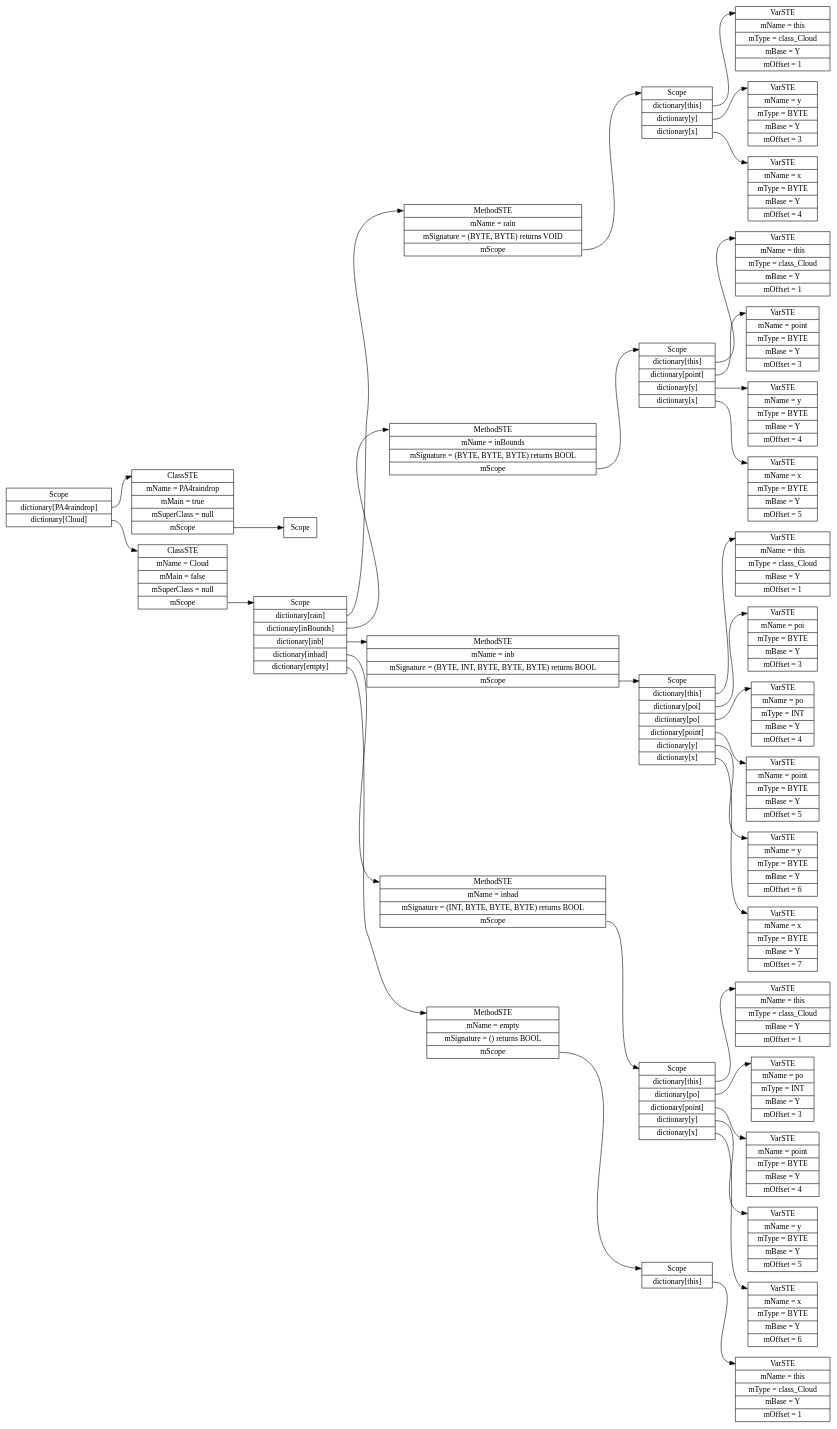
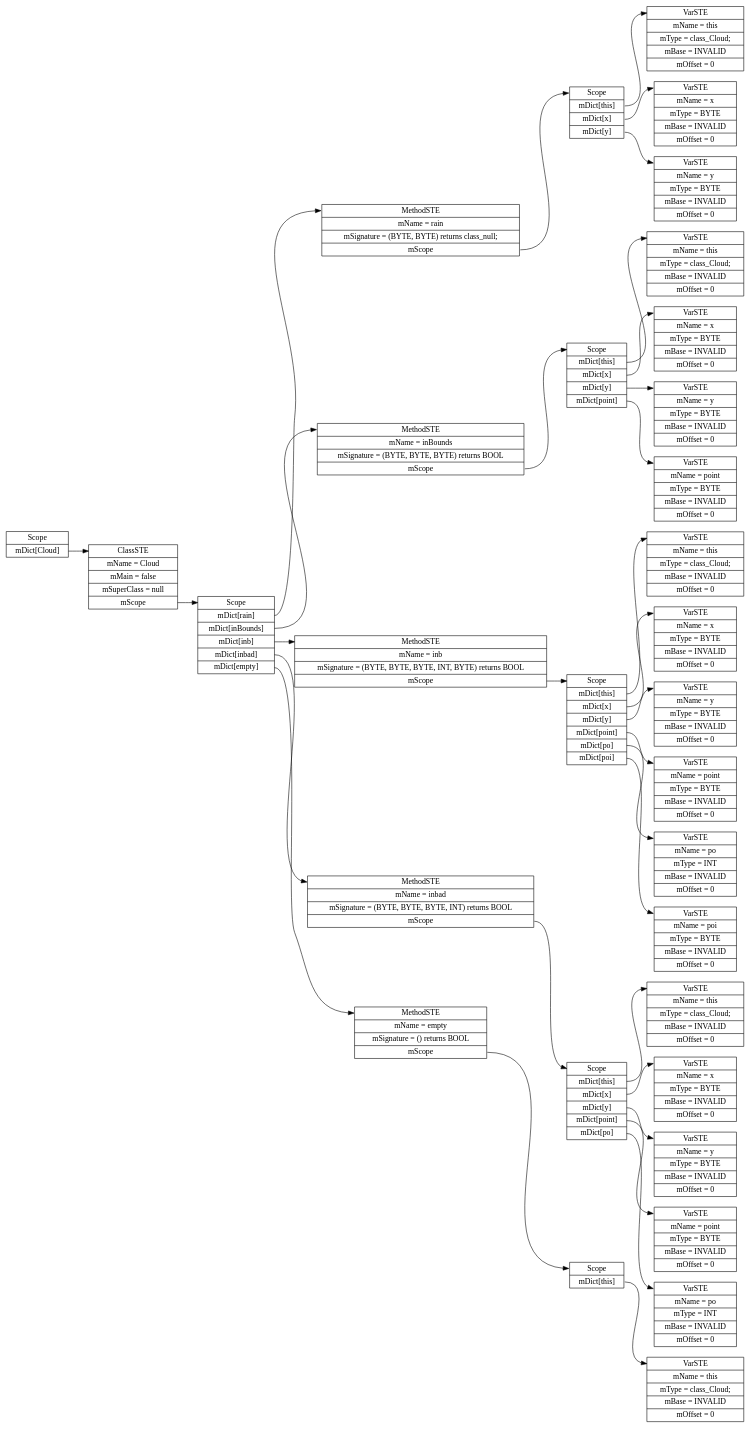
Before and after one commit to karmaUdel/Meggy-Java-Compiler: the diagram in tst/PA4raindrop.java.ST.dot, drawn with Graphviz. The commit also changed 35 other files, not shown here.

```diff
--- a/tst/PA4raindrop.java.ST.dot
+++ b/tst/PA4raindrop.java.ST.dot
@@ -1,71 +1,67 @@
 digraph SymTable {
 	graph [rankdir="LR"];
 	node [shape=record];
-	0 [label=" <f0> Scope | <f1> dictionary\[PA4raindrop\] | <f2> dictionary\[Cloud\] "];
+	0 [label=" <f0> Scope | <f1> mDict\[Cloud\] "];
 	0:<f1> -> 1:<f0>;
-	1 [label=" <f0> ClassSTE | <f1> mName = PA4raindrop| <f2> mMain = true| <f3> mSuperClass = null| <f4> mScope "];
+	1 [label=" <f0> ClassSTE | <f1> mName = Cloud| <f2> mMain = false| <f3> mSuperClass = null| <f4> mScope "];
 	1:<f4> -> 2:<f0>;
-	2 [label=" <f0> Scope "];
-	0:<f2> -> 3:<f0>;
-	3 [label=" <f0> ClassSTE | <f1> mName = Cloud| <f2> mMain = false| <f3> mSuperClass = null| <f4> mScope "];
-	3:<f4> -> 4:<f0>;
-	4 [label=" <f0> Scope | <f1> dictionary\[rain\] | <f2> dictionary\[inBounds\] | <f3> dictionary\[inb\] | <f4> dictionary\[inbad\] | <f5> dictionary\[empty\] "];
+	2 [label=" <f0> Scope | <f1> mDict\[rain\] | <f2> mDict\[inBounds\] | <f3> mDict\[inb\] | <f4> mDict\[inbad\] | <f5> mDict\[empty\] "];
+	2:<f1> -> 3:<f0>;
+	3 [label=" <f0> MethodSTE | <f1> mName = rain| <f2> mSignature = (BYTE, BYTE) returns class_null;| <f3> mScope "];
+	3:<f3> -> 4:<f0>;
+	4 [label=" <f0> Scope | <f1> mDict\[this\] | <f2> mDict\[x\] | <f3> mDict\[y\] "];
 	4:<f1> -> 5:<f0>;
-	5 [label=" <f0> MethodSTE | <f1> mName = rain| <f2> mSignature = (BYTE, BYTE) returns VOID| <f3> mScope "];
-	5:<f3> -> 6:<f0>;
-	6 [label=" <f0> Scope | <f1> dictionary\[this\] | <f2> dictionary\[y\] | <f3> dictionary\[x\] "];
-	6:<f1> -> 7:<f0>;
-	7 [label=" <f0> VarSTE | <f1> mName = this| <f2> mType = class_Cloud| <f3> mBase = Y| <f4> mOffset = 1"];
-	6:<f2> -> 8:<f0>;
-	8 [label=" <f0> VarSTE | <f1> mName = y| <f2> mType = BYTE| <f3> mBase = Y| <f4> mOffset = 3"];
-	6:<f3> -> 9:<f0>;
-	9 [label=" <f0> VarSTE | <f1> mName = x| <f2> mType = BYTE| <f3> mBase = Y| <f4> mOffset = 4"];
-	4:<f2> -> 10:<f0>;
-	10 [label=" <f0> MethodSTE | <f1> mName = inBounds| <f2> mSignature = (BYTE, BYTE, BYTE) returns BOOL| <f3> mScope "];
-	10:<f3> -> 11:<f0>;
-	11 [label=" <f0> Scope | <f1> dictionary\[this\] | <f2> dictionary\[point\] | <f3> dictionary\[y\] | <f4> dictionary\[x\] "];
-	11:<f1> -> 12:<f0>;
-	12 [label=" <f0> VarSTE | <f1> mName = this| <f2> mType = class_Cloud| <f3> mBase = Y| <f4> mOffset = 1"];
-	11:<f2> -> 13:<f0>;
-	13 [label=" <f0> VarSTE | <f1> mName = point| <f2> mType = BYTE| <f3> mBase = Y| <f4> mOffset = 3"];
-	11:<f3> -> 14:<f0>;
-	14 [label=" <f0> VarSTE | <f1> mName = y| <f2> mType = BYTE| <f3> mBase = Y| <f4> mOffset = 4"];
-	11:<f4> -> 15:<f0>;
-	15 [label=" <f0> VarSTE | <f1> mName = x| <f2> mType = BYTE| <f3> mBase = Y| <f4> mOffset = 5"];
-	4:<f3> -> 16:<f0>;
-	16 [label=" <f0> MethodSTE | <f1> mName = inb| <f2> mSignature = (BYTE, INT, BYTE, BYTE, BYTE) returns BOOL| <f3> mScope "];
-	16:<f3> -> 17:<f0>;
-	17 [label=" <f0> Scope | <f1> dictionary\[this\] | <f2> dictionary\[poi\] | <f3> dictionary\[po\] | <f4> dictionary\[point\] | <f5> dictionary\[y\] | <f6> dictionary\[x\] "];
-	17:<f1> -> 18:<f0>;
-	18 [label=" <f0> VarSTE | <f1> mName = this| <f2> mType = class_Cloud| <f3> mBase = Y| <f4> mOffset = 1"];
-	17:<f2> -> 19:<f0>;
-	19 [label=" <f0> VarSTE | <f1> mName = poi| <f2> mType = BYTE| <f3> mBase = Y| <f4> mOffset = 3"];
-	17:<f3> -> 20:<f0>;
-	20 [label=" <f0> VarSTE | <f1> mName = po| <f2> mType = INT| <f3> mBase = Y| <f4> mOffset = 4"];
-	17:<f4> -> 21:<f0>;
-	21 [label=" <f0> VarSTE | <f1> mName = point| <f2> mType = BYTE| <f3> mBase = Y| <f4> mOffset = 5"];
-	17:<f5> -> 22:<f0>;
-	22 [label=" <f0> VarSTE | <f1> mName = y| <f2> mType = BYTE| <f3> mBase = Y| <f4> mOffset = 6"];
-	17:<f6> -> 23:<f0>;
-	23 [label=" <f0> VarSTE | <f1> mName = x| <f2> mType = BYTE| <f3> mBase = Y| <f4> mOffset = 7"];
-	4:<f4> -> 24:<f0>;
-	24 [label=" <f0> MethodSTE | <f1> mName = inbad| <f2> mSignature = (INT, BYTE, BYTE, BYTE) returns BOOL| <f3> mScope "];
-	24:<f3> -> 25:<f0>;
-	25 [label=" <f0> Scope | <f1> dictionary\[this\] | <f2> dictionary\[po\] | <f3> dictionary\[point\] | <f4> dictionary\[y\] | <f5> dictionary\[x\] "];
-	25:<f1> -> 26:<f0>;
-	26 [label=" <f0> VarSTE | <f1> mName = this| <f2> mType = class_Cloud| <f3> mBase = Y| <f4> mOffset = 1"];
-	25:<f2> -> 27:<f0>;
-	27 [label=" <f0> VarSTE | <f1> mName = po| <f2> mType = INT| <f3> mBase = Y| <f4> mOffset = 3"];
-	25:<f3> -> 28:<f0>;
-	28 [label=" <f0> VarSTE | <f1> mName = point| <f2> mType = BYTE| <f3> mBase = Y| <f4> mOffset = 4"];
-	25:<f4> -> 29:<f0>;
-	29 [label=" <f0> VarSTE | <f1> mName = y| <f2> mType = BYTE| <f3> mBase = Y| <f4> mOffset = 5"];
-	25:<f5> -> 30:<f0>;
-	30 [label=" <f0> VarSTE | <f1> mName = x| <f2> mType = BYTE| <f3> mBase = Y| <f4> mOffset = 6"];
-	4:<f5> -> 31:<f0>;
-	31 [label=" <f0> MethodSTE | <f1> mName = empty| <f2> mSignature = () returns BOOL| <f3> mScope "];
-	31:<f3> -> 32:<f0>;
-	32 [label=" <f0> Scope | <f1> dictionary\[this\] "];
-	32:<f1> -> 33:<f0>;
-	33 [label=" <f0> VarSTE | <f1> mName = this| <f2> mType = class_Cloud| <f3> mBase = Y| <f4> mOffset = 1"];
+	5 [label=" <f0> VarSTE | <f1> mName = this| <f2> mType = class_Cloud;| <f3> mBase = INVALID| <f4> mOffset = 0"];
+	4:<f2> -> 6:<f0>;
+	6 [label=" <f0> VarSTE | <f1> mName = x| <f2> mType = BYTE| <f3> mBase = INVALID| <f4> mOffset = 0"];
+	4:<f3> -> 7:<f0>;
+	7 [label=" <f0> VarSTE | <f1> mName = y| <f2> mType = BYTE| <f3> mBase = INVALID| <f4> mOffset = 0"];
+	2:<f2> -> 8:<f0>;
+	8 [label=" <f0> MethodSTE | <f1> mName = inBounds| <f2> mSignature = (BYTE, BYTE, BYTE) returns BOOL| <f3> mScope "];
+	8:<f3> -> 9:<f0>;
+	9 [label=" <f0> Scope | <f1> mDict\[this\] | <f2> mDict\[x\] | <f3> mDict\[y\] | <f4> mDict\[point\] "];
+	9:<f1> -> 10:<f0>;
+	10 [label=" <f0> VarSTE | <f1> mName = this| <f2> mType = class_Cloud;| <f3> mBase = INVALID| <f4> mOffset = 0"];
+	9:<f2> -> 11:<f0>;
+	11 [label=" <f0> VarSTE | <f1> mName = x| <f2> mType = BYTE| <f3> mBase = INVALID| <f4> mOffset = 0"];
+	9:<f3> -> 12:<f0>;
+	12 [label=" <f0> VarSTE | <f1> mName = y| <f2> mType = BYTE| <f3> mBase = INVALID| <f4> mOffset = 0"];
+	9:<f4> -> 13:<f0>;
+	13 [label=" <f0> VarSTE | <f1> mName = point| <f2> mType = BYTE| <f3> mBase = INVALID| <f4> mOffset = 0"];
+	2:<f3> -> 14:<f0>;
+	14 [label=" <f0> MethodSTE | <f1> mName = inb| <f2> mSignature = (BYTE, BYTE, BYTE, INT, BYTE) returns BOOL| <f3> mScope "];
+	14:<f3> -> 15:<f0>;
+	15 [label=" <f0> Scope | <f1> mDict\[this\] | <f2> mDict\[x\] | <f3> mDict\[y\] | <f4> mDict\[point\] | <f5> mDict\[po\] | <f6> mDict\[poi\] "];
+	15:<f1> -> 16:<f0>;
+	16 [label=" <f0> VarSTE | <f1> mName = this| <f2> mType = class_Cloud;| <f3> mBase = INVALID| <f4> mOffset = 0"];
+	15:<f2> -> 17:<f0>;
+	17 [label=" <f0> VarSTE | <f1> mName = x| <f2> mType = BYTE| <f3> mBase = INVALID| <f4> mOffset = 0"];
+	15:<f3> -> 18:<f0>;
+	18 [label=" <f0> VarSTE | <f1> mName = y| <f2> mType = BYTE| <f3> mBase = INVALID| <f4> mOffset = 0"];
+	15:<f4> -> 19:<f0>;
+	19 [label=" <f0> VarSTE | <f1> mName = point| <f2> mType = BYTE| <f3> mBase = INVALID| <f4> mOffset = 0"];
+	15:<f5> -> 20:<f0>;
+	20 [label=" <f0> VarSTE | <f1> mName = po| <f2> mType = INT| <f3> mBase = INVALID| <f4> mOffset = 0"];
+	15:<f6> -> 21:<f0>;
+	21 [label=" <f0> VarSTE | <f1> mName = poi| <f2> mType = BYTE| <f3> mBase = INVALID| <f4> mOffset = 0"];
+	2:<f4> -> 22:<f0>;
+	22 [label=" <f0> MethodSTE | <f1> mName = inbad| <f2> mSignature = (BYTE, BYTE, BYTE, INT) returns BOOL| <f3> mScope "];
+	22:<f3> -> 23:<f0>;
+	23 [label=" <f0> Scope | <f1> mDict\[this\] | <f2> mDict\[x\] | <f3> mDict\[y\] | <f4> mDict\[point\] | <f5> mDict\[po\] "];
+	23:<f1> -> 24:<f0>;
+	24 [label=" <f0> VarSTE | <f1> mName = this| <f2> mType = class_Cloud;| <f3> mBase = INVALID| <f4> mOffset = 0"];
+	23:<f2> -> 25:<f0>;
+	25 [label=" <f0> VarSTE | <f1> mName = x| <f2> mType = BYTE| <f3> mBase = INVALID| <f4> mOffset = 0"];
+	23:<f3> -> 26:<f0>;
+	26 [label=" <f0> VarSTE | <f1> mName = y| <f2> mType = BYTE| <f3> mBase = INVALID| <f4> mOffset = 0"];
+	23:<f4> -> 27:<f0>;
+	27 [label=" <f0> VarSTE | <f1> mName = point| <f2> mType = BYTE| <f3> mBase = INVALID| <f4> mOffset = 0"];
+	23:<f5> -> 28:<f0>;
+	28 [label=" <f0> VarSTE | <f1> mName = po| <f2> mType = INT| <f3> mBase = INVALID| <f4> mOffset = 0"];
+	2:<f5> -> 29:<f0>;
+	29 [label=" <f0> MethodSTE | <f1> mName = empty| <f2> mSignature = () returns BOOL| <f3> mScope "];
+	29:<f3> -> 30:<f0>;
+	30 [label=" <f0> Scope | <f1> mDict\[this\] "];
+	30:<f1> -> 31:<f0>;
+	31 [label=" <f0> VarSTE | <f1> mName = this| <f2> mType = class_Cloud;| <f3> mBase = INVALID| <f4> mOffset = 0"];
 }
```
